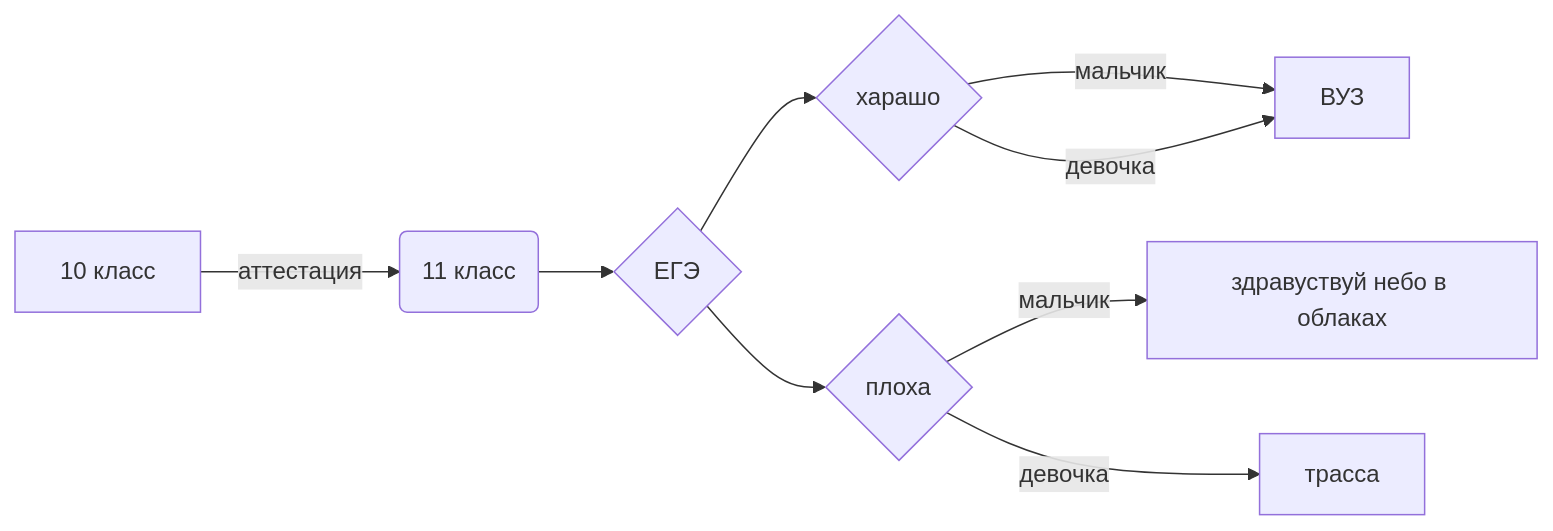
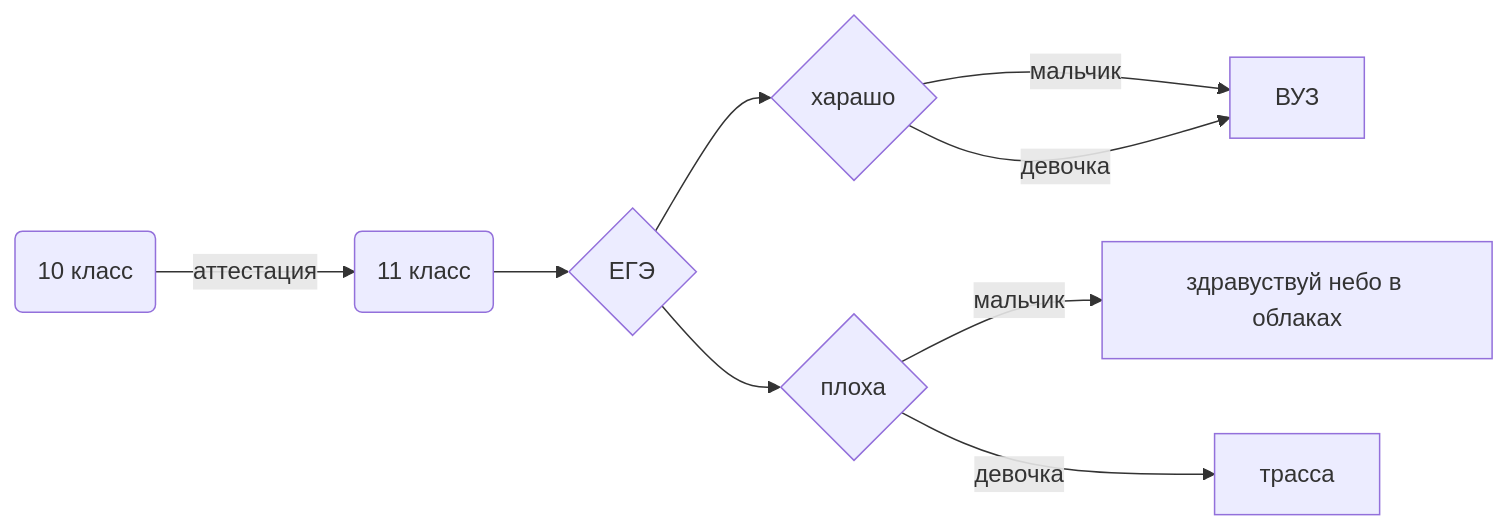
The diagram in README.md (evgrfg/123456), drawn with Mermaid before and after one commit.

````diff
--- a/README.md
+++ b/README.md
@@ -40,13 +40,13 @@
 ```mermaid
 
 flowchart LR
 
-A[10 класс] -->|аттестация| B(11 класс)
+A(10 класс) -->|аттестация| B(11 класс)
 B --> C{ЕГЭ}
 C --> K{харашo} 
 C --> L{плоха} 
 K --> |мальчик| G[ВУЗ]
 K --> |девочка| G
 L --> |мальчик| Y[здравуствуй небо в облаках]
 L --> |девочка| D[трасса]
 ```
````
